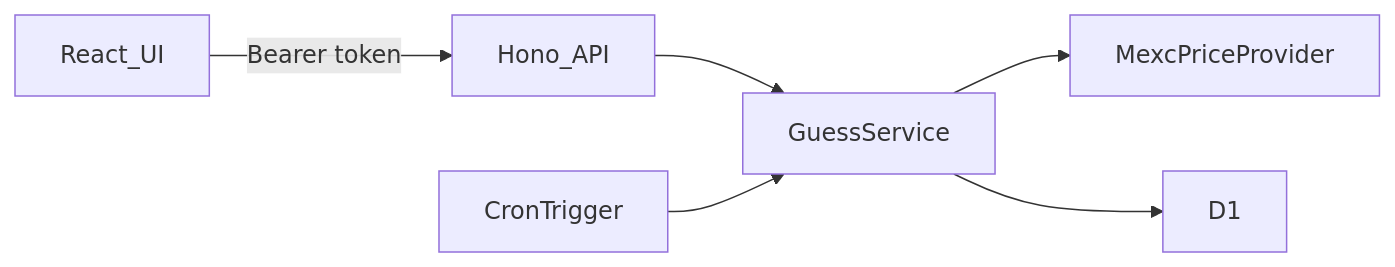
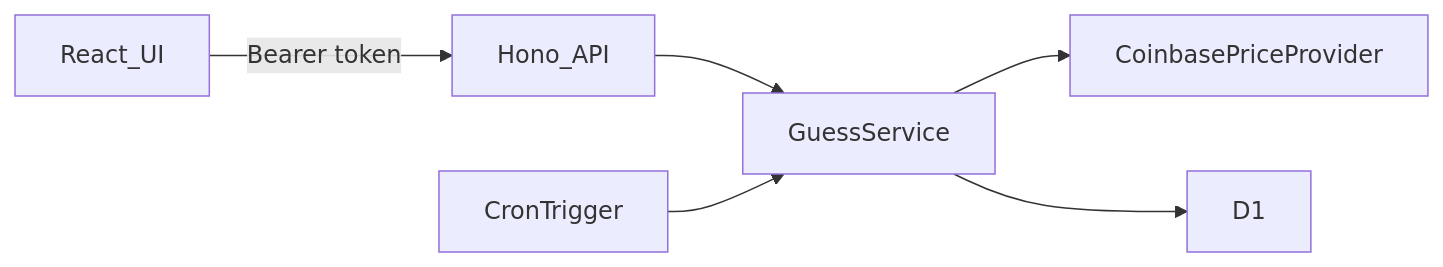
The diagram in README.md (angielamarchlewska252-maker/epilot-task), drawn with Mermaid before and after one commit. The commit also changed other lines of this file and 3 other files, not shown here.

````diff
--- a/README.md
+++ b/README.md
@@ -35,14 +35,14 @@
 ```mermaid
 flowchart LR
   web[React_UI]
   api[Hono_API]
   game[GuessService]
-  prices[MexcPriceProvider]
+  prices[CoinbasePriceProvider]
   db[D1]
   worker[CronTrigger]
   web -->|"Bearer token"| api
   api --> game
   game --> prices
   game --> db
   worker --> game
 ```
````
